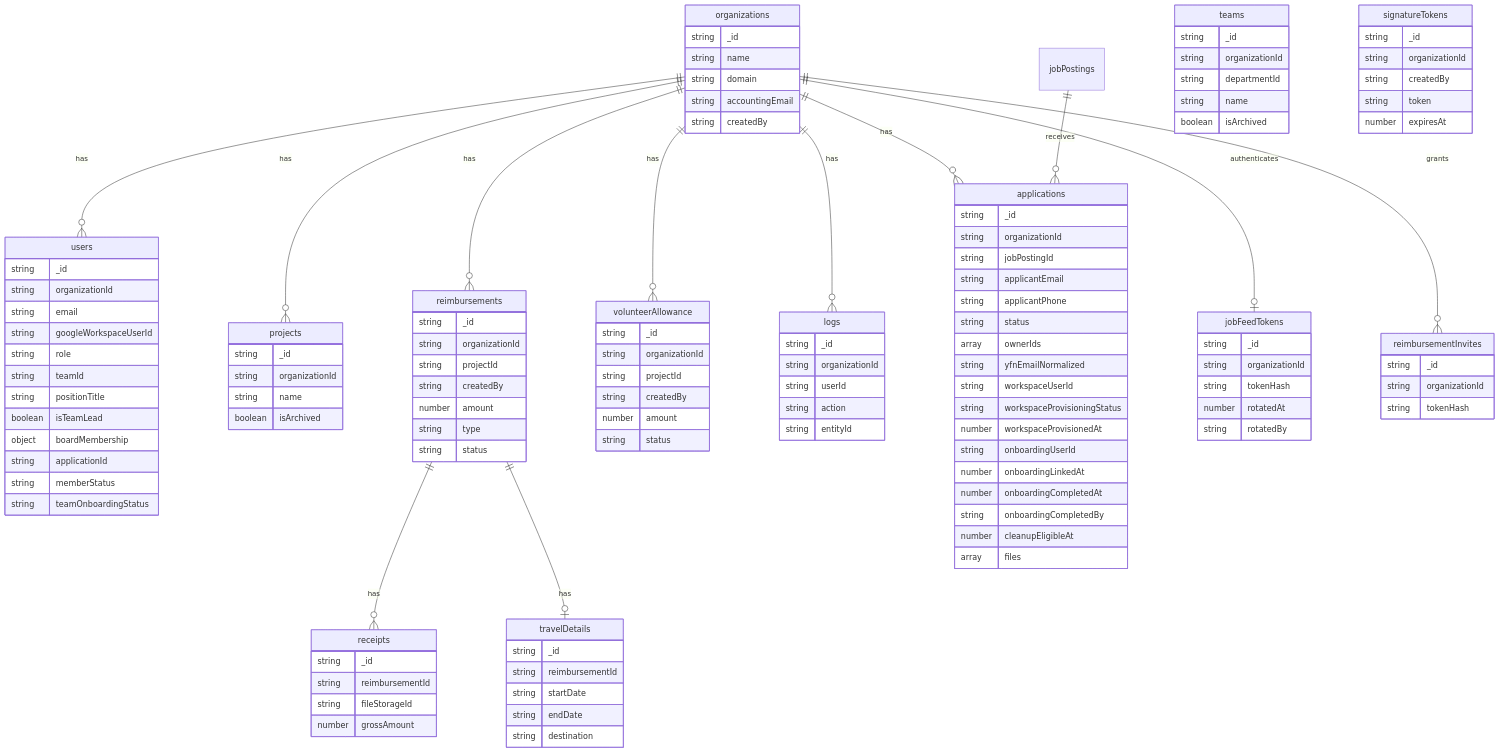
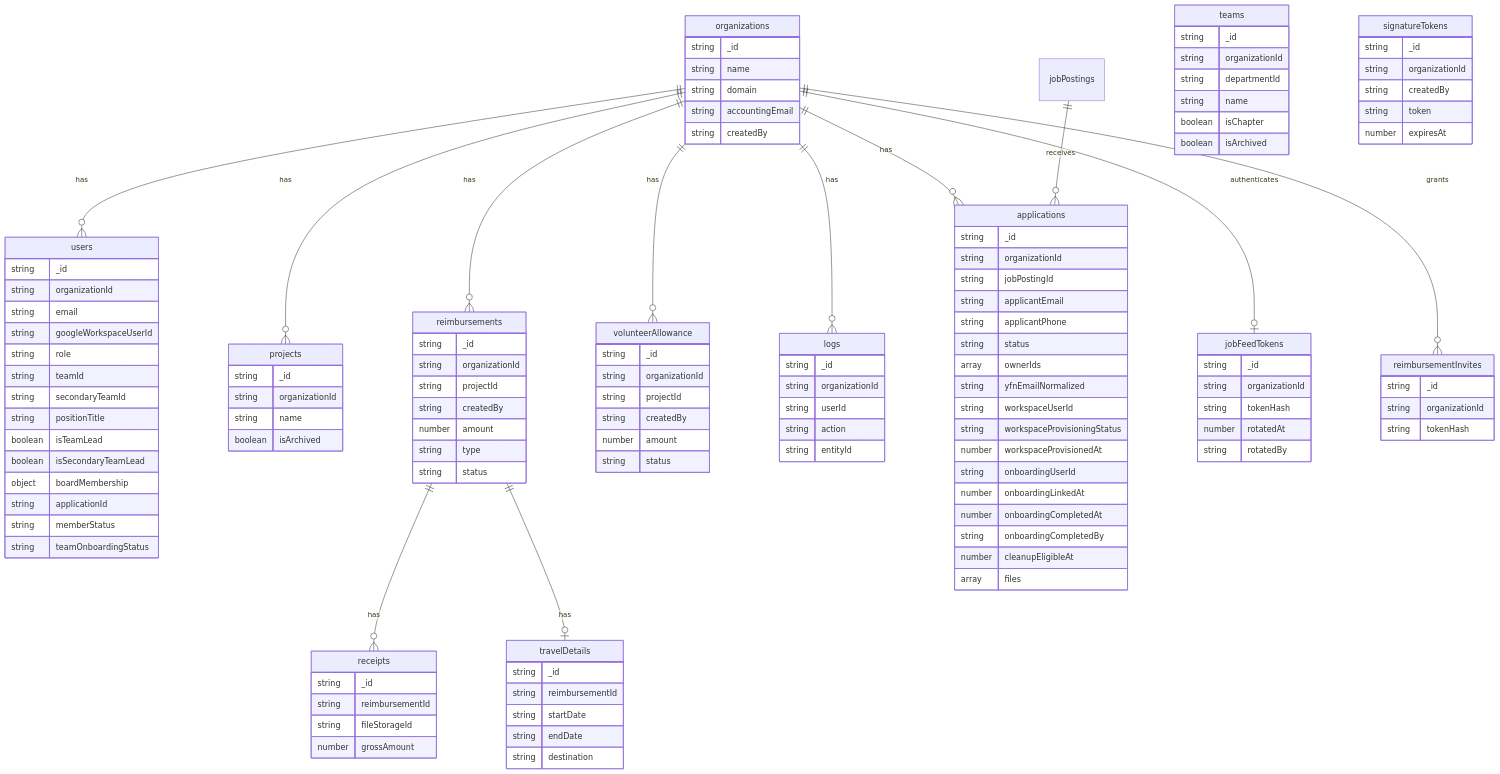
Before and after one commit to yfndev/ybase: the diagram in docs/schema.md, drawn with Mermaid. The commit also changed 26 other files, not shown here.

First line of the commit message:
feat(organization): support chapter-aware team assignments (#200)

```diff
--- a/docs/schema.md
+++ b/docs/schema.md
@@ -47,8 +47,10 @@
         string googleWorkspaceUserId
         string role
         string teamId
+        string secondaryTeamId
         string positionTitle
         boolean isTeamLead
+        boolean isSecondaryTeamLead
         object boardMembership
         string applicationId
         string memberStatus
@@ -60,6 +62,7 @@
         string organizationId
         string departmentId
         string name
+        boolean isChapter
         boolean isArchived
     }
 
```
